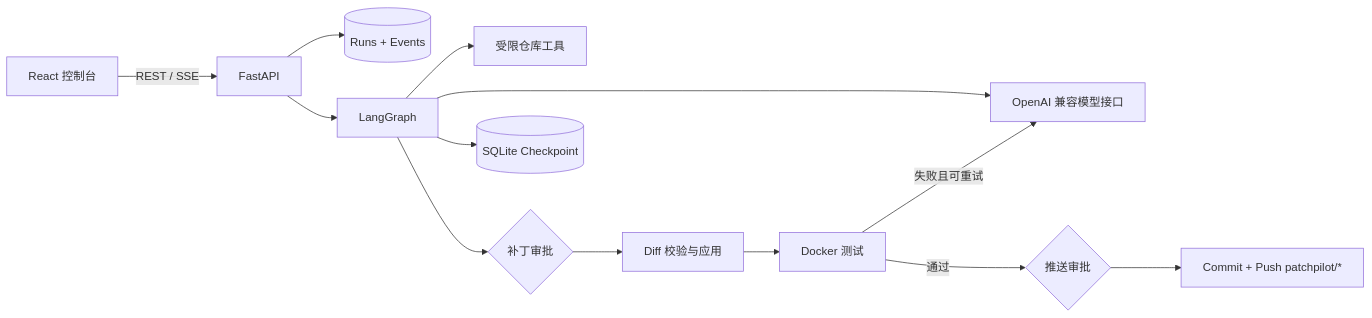
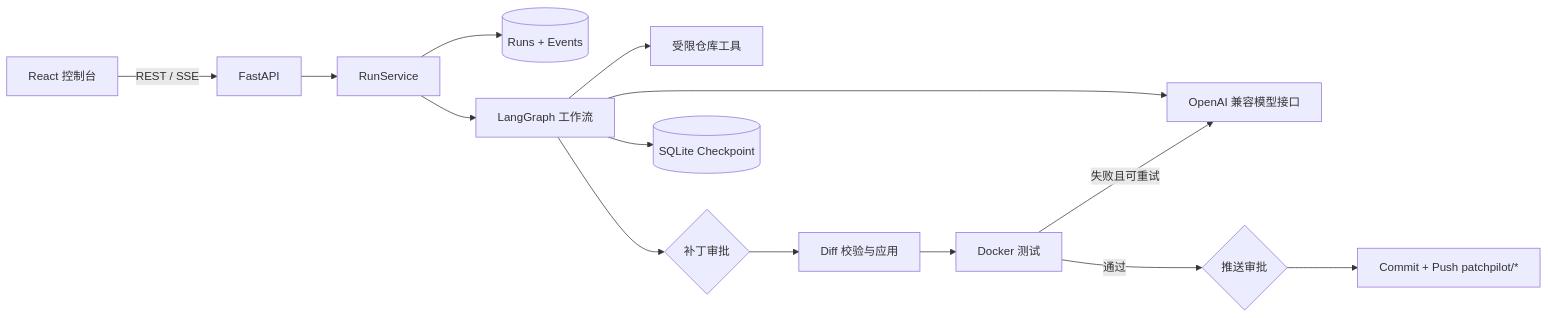
The first of 2 diagrams in README.md (ongst/Patchpilot), drawn with Mermaid before and after one commit. The commit also changed other lines of this file and 6 other files, not shown here.

````diff
--- a/README.md
+++ b/README.md
@@ -82,15 +92,16 @@
 ```mermaid
 flowchart LR
     UI[React 控制台] -->|REST / SSE| API[FastAPI]
-    API --> DB[(Runs + Events)]
-    API --> G[LangGraph]
+    API --> RS[RunService]
+    RS --> DB[(Runs + Events)]
+    RS --> G[LangGraph 工作流]
     G --> T[受限仓库工具]
     G --> L[OpenAI 兼容模型接口]
     G --> A1{补丁审批}
     A1 --> P[Diff 校验与应用]
     P --> D[Docker 测试]
     D -->|失败且可重试| L
     D -->|通过| A2{推送审批}
     A2 --> Git[Commit + Push patchpilot/*]
     G --> CP[(SQLite Checkpoint)]
 ```
````
